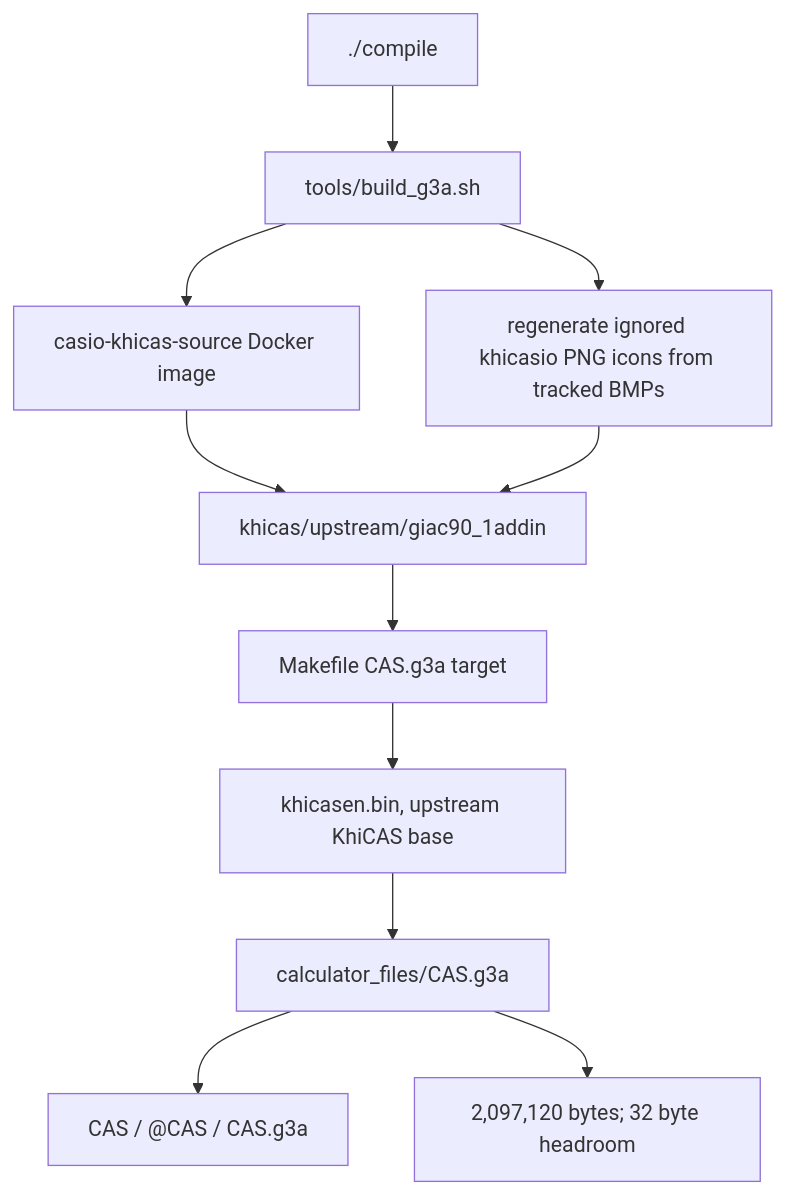
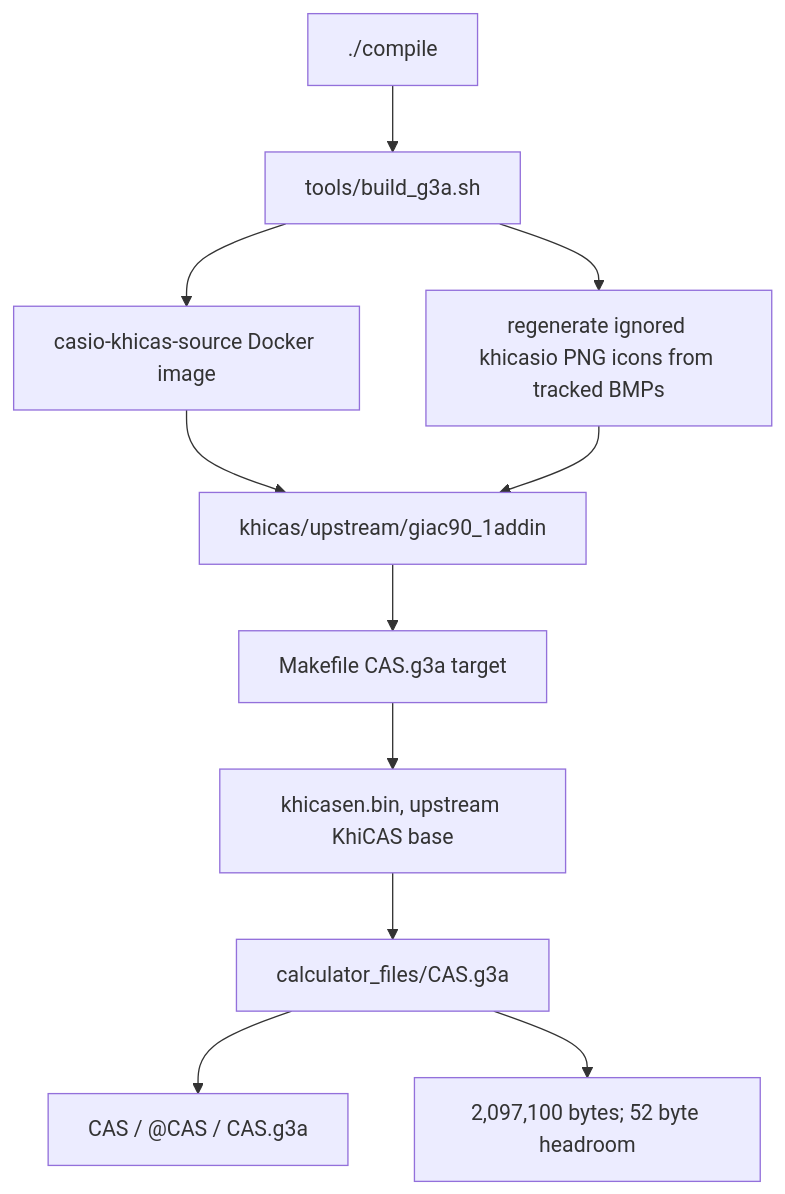
The first of 6 diagrams in docs/GRAPH.md (james8464/notes-addin-casio-fx-cg50), drawn with Mermaid before and after one commit. The commit also changed other lines of this file and 3 other files, not shown here.

````diff
--- a/docs/GRAPH.md
+++ b/docs/GRAPH.md
@@ -7,13 +7,13 @@
 ```mermaid
 graph TD
   Compile["./compile"] --> Build["tools/build_g3a.sh"]
   Build --> Docker["casio-khicas-source Docker image"]
   Docker --> Src["khicas/upstream/giac90_1addin"]
   Build --> Icons["regenerate ignored khicasio PNG icons from tracked BMPs"]
   Icons --> Src
   Src --> Make["Makefile CAS.g3a target"]
   Make --> Bin["khicasen.bin, upstream KhiCAS base"]
   Bin --> G3A["calculator_files/CAS.g3a"]
   G3A --> Meta["CAS / @CAS / CAS.g3a"]
-  G3A --> Size["2,097,120 bytes; 32 byte headroom"]
+  G3A --> Size["2,097,100 bytes; 52 byte headroom"]
 ```
````
